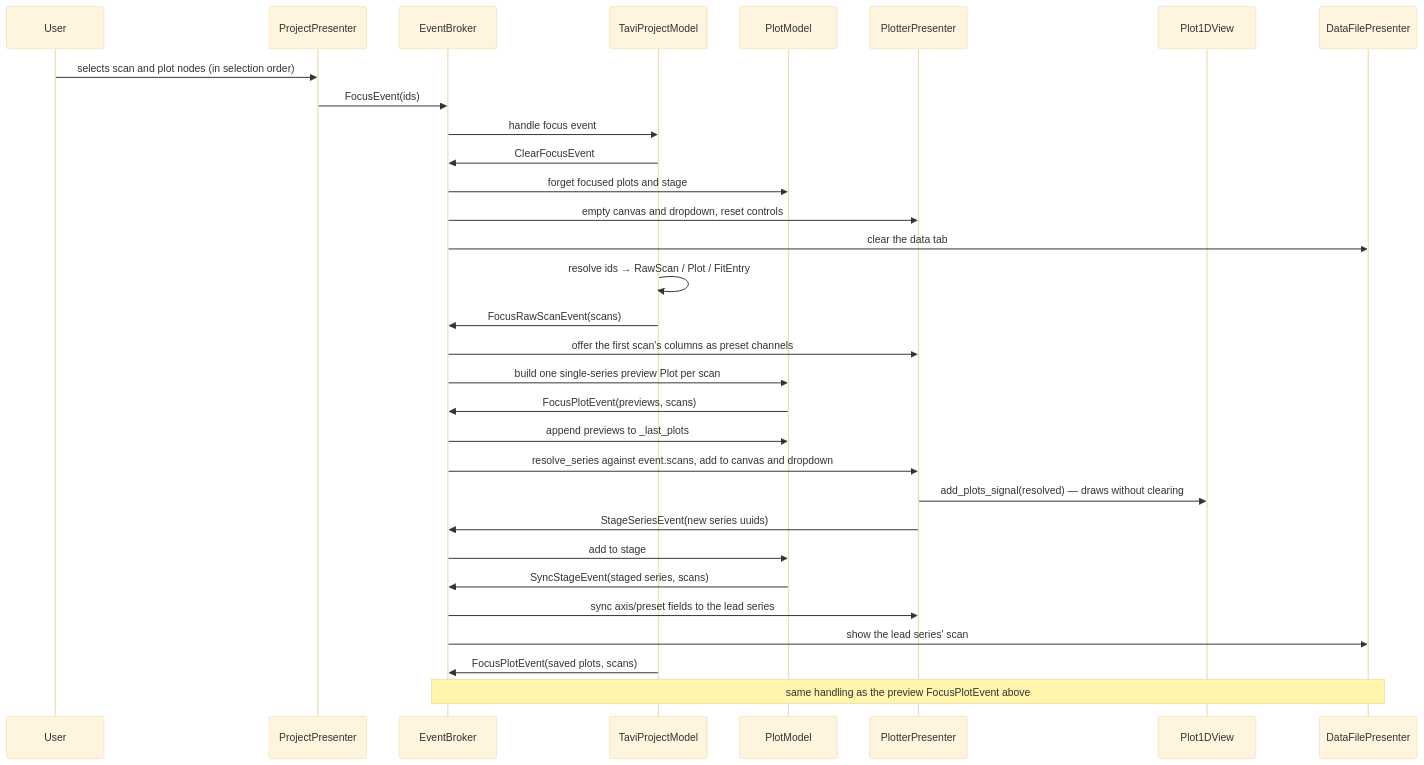
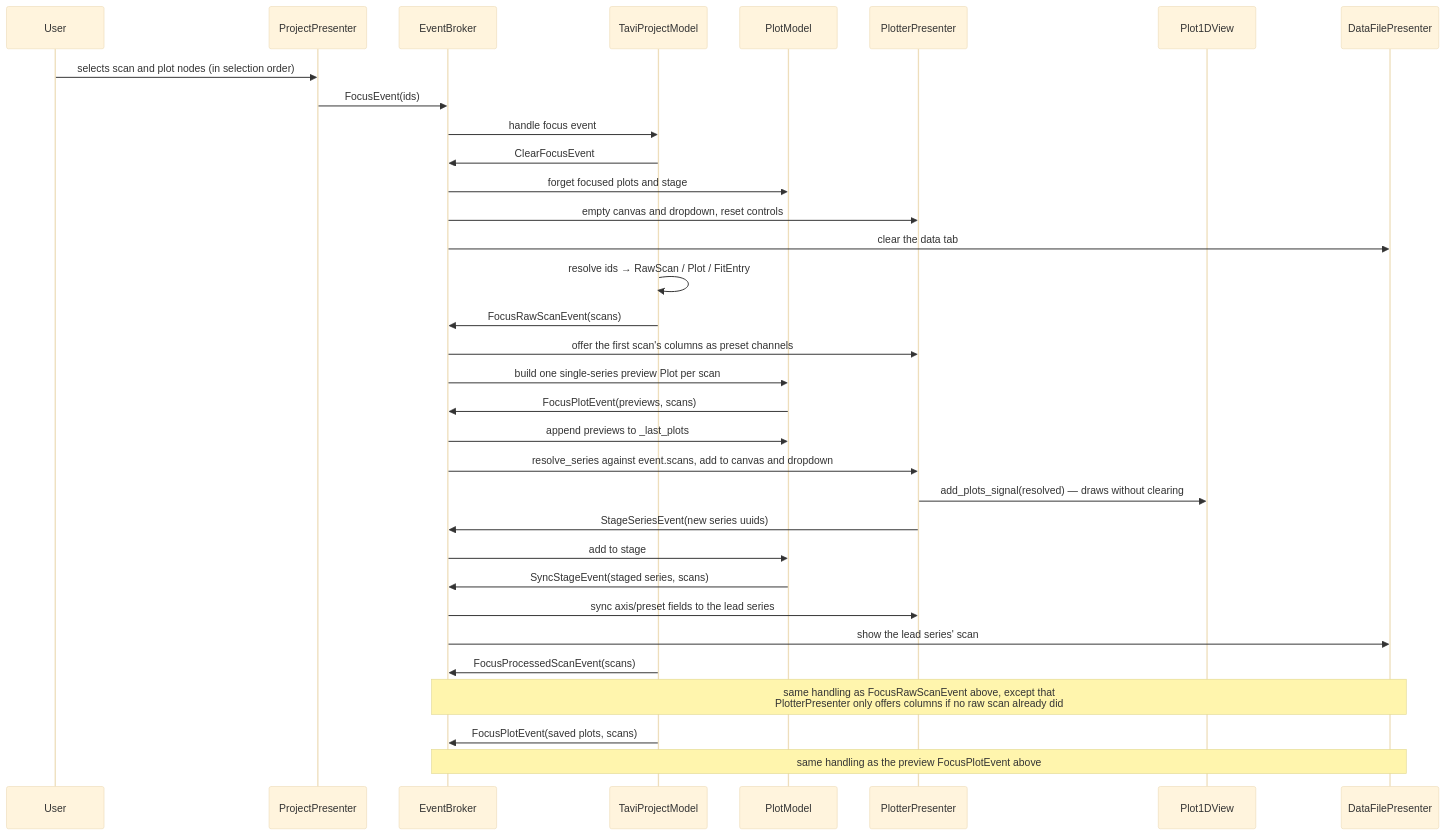
Before and after one commit to neutrons/TAVI: the first of 4 diagrams in docs/source/design/frontend/visualization_flow.rst, drawn with Mermaid (base theme). The commit also changed other lines of this file and 37 other files, not shown here.

```diff
--- a/docs/source/design/frontend/visualization_flow.rst
+++ b/docs/source/design/frontend/visualization_flow.rst
@@ -92,37 +93,40 @@
 .. mermaid::
 
     sequenceDiagram
         participant User
         participant ProjectPresenter
         participant EventBroker
         participant TaviProjectModel
         participant PlotModel
         participant PlotterPresenter
         participant Plot1DView
         participant DataFilePresenter
 
         User ->> ProjectPresenter: selects scan and plot nodes (in selection order)
         ProjectPresenter ->> EventBroker: FocusEvent(ids)
 
         EventBroker ->> TaviProjectModel: handle focus event
         TaviProjectModel ->> EventBroker: ClearFocusEvent
         EventBroker ->> PlotModel: forget focused plots and stage
         EventBroker ->> PlotterPresenter: empty canvas and dropdown, reset controls
         EventBroker ->> DataFilePresenter: clear the data tab
 
         TaviProjectModel ->> TaviProjectModel: resolve ids → RawScan / Plot / FitEntry
         TaviProjectModel ->> EventBroker: FocusRawScanEvent(scans)
         EventBroker ->> PlotterPresenter: offer the first scan's columns as preset channels
         EventBroker ->> PlotModel: build one single-series preview Plot per scan
         PlotModel ->> EventBroker: FocusPlotEvent(previews, scans)
         EventBroker ->> PlotModel: append previews to _last_plots
         EventBroker ->> PlotterPresenter: resolve_series against event.scans, add to canvas and dropdown
         PlotterPresenter ->> Plot1DView: add_plots_signal(resolved) — draws without clearing
         PlotterPresenter ->> EventBroker: StageSeriesEvent(new series uuids)
         EventBroker ->> PlotModel: add to stage
         PlotModel ->> EventBroker: SyncStageEvent(staged series, scans)
         EventBroker ->> PlotterPresenter: sync axis/preset fields to the lead series
         EventBroker ->> DataFilePresenter: show the lead series' scan
 
+        TaviProjectModel ->> EventBroker: FocusProcessedScanEvent(scans)
+        Note over EventBroker,DataFilePresenter: same handling as FocusRawScanEvent above, except that<br/>PlotterPresenter only offers columns if no raw scan already did
+
         TaviProjectModel ->> EventBroker: FocusPlotEvent(saved plots, scans)
         Note over EventBroker,DataFilePresenter: same handling as the preview FocusPlotEvent above
```
